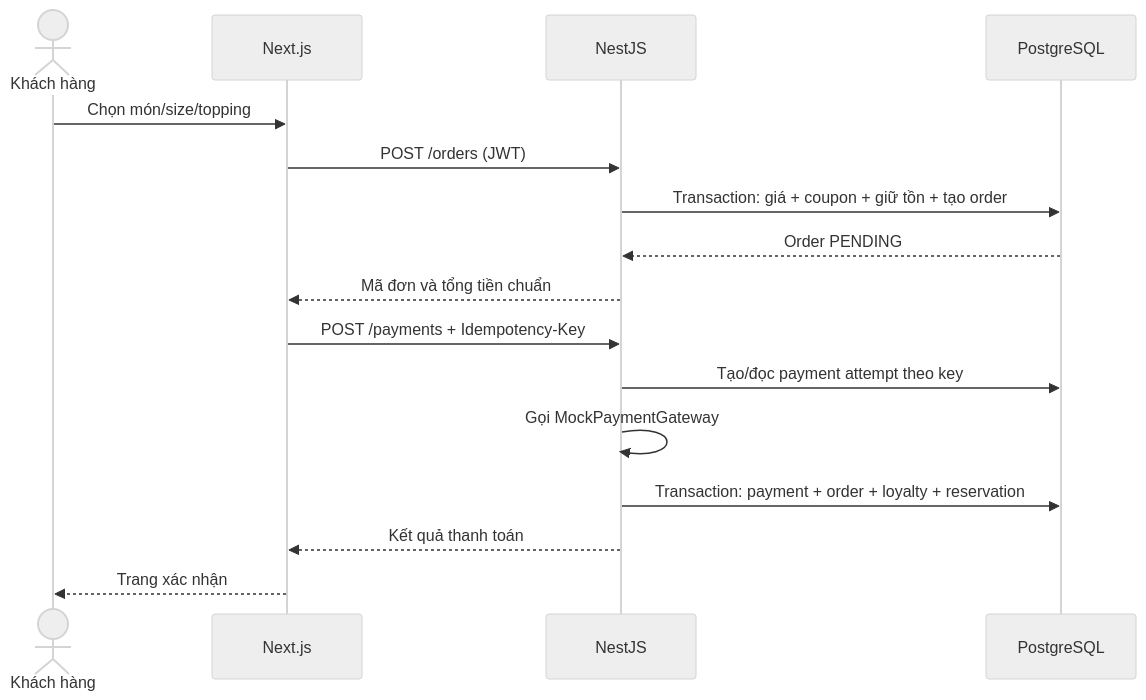
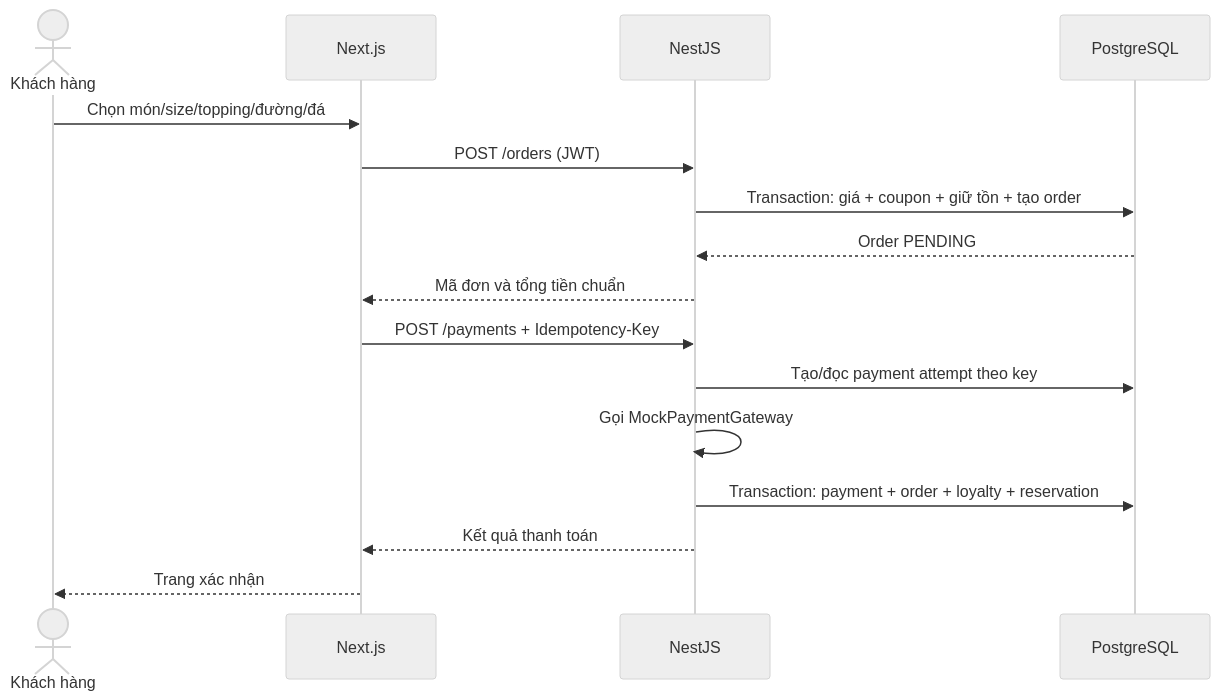
The third of 3 diagrams in docs/architecture/system-architecture.md (akira-yami/BrewLite_A1), drawn with Mermaid (neutral theme) before and after one commit. The commit also changed other lines of this file and 33 other files, not shown here.

````diff
--- a/docs/architecture/system-architecture.md
+++ b/docs/architecture/system-architecture.md
@@ -136,18 +136,18 @@
 ```mermaid
 sequenceDiagram
     actor C as Khách hàng
     participant W as Next.js
     participant A as NestJS
     participant D as PostgreSQL
-    C->>W: Chọn món/size/topping
+    C->>W: Chọn món/size/topping/đường/đá
     W->>A: POST /orders (JWT)
     A->>D: Transaction: giá + coupon + giữ tồn + tạo order
     D-->>A: Order PENDING
     A-->>W: Mã đơn và tổng tiền chuẩn
     W->>A: POST /payments + Idempotency-Key
     A->>D: Tạo/đọc payment attempt theo key
     A->>A: Gọi MockPaymentGateway
     A->>D: Transaction: payment + order + loyalty + reservation
     A-->>W: Kết quả thanh toán
     W-->>C: Trang xác nhận
 ```
````
